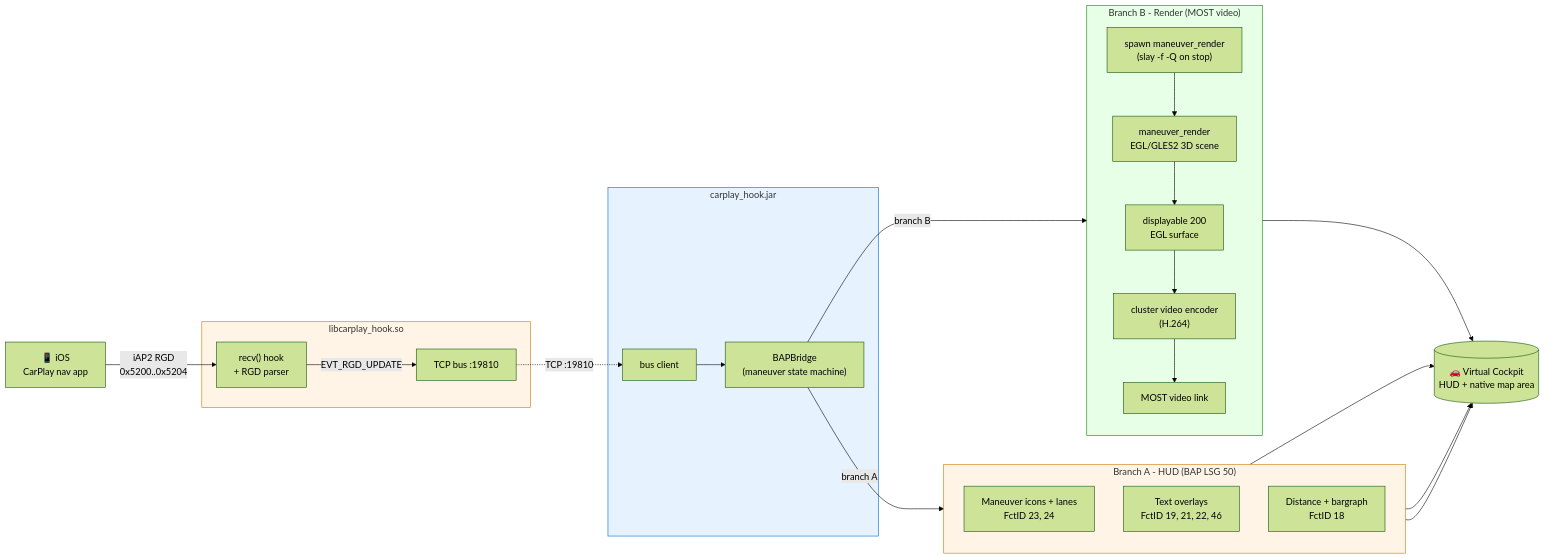
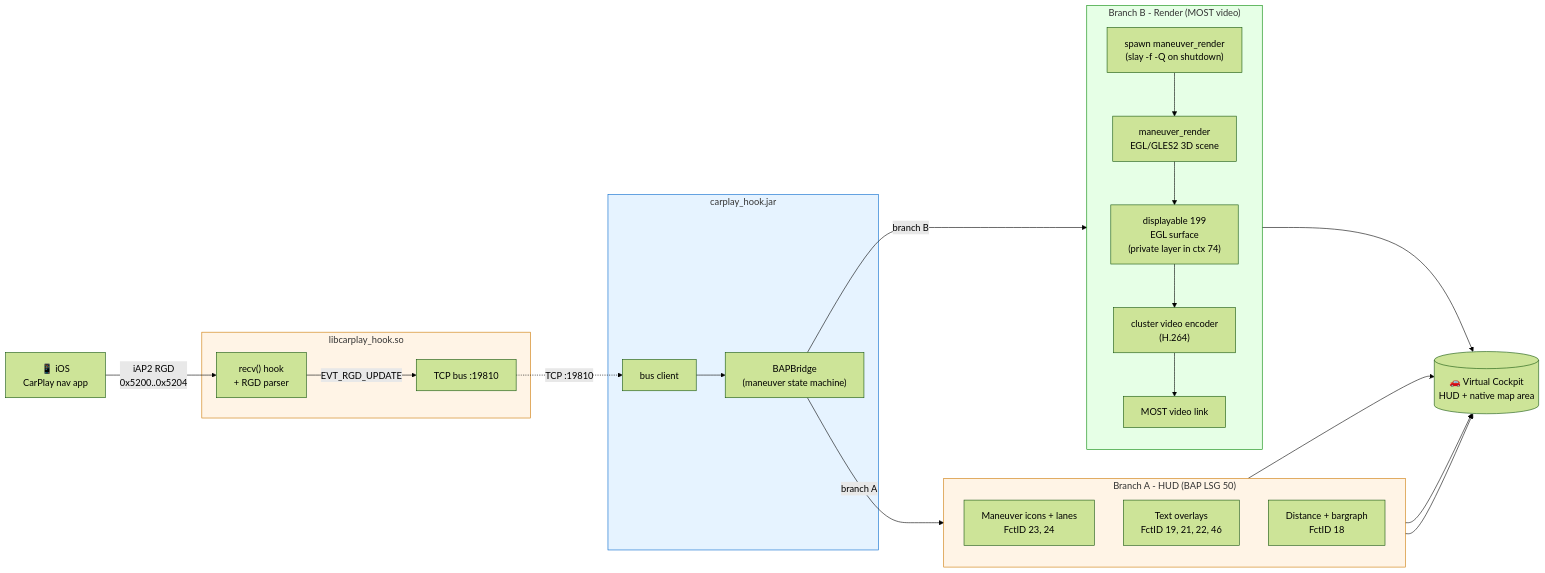
The first of 9 diagrams in README.md (luka-dev/mib2q-carplay-rgi), drawn with Mermaid (forest theme) before and after one commit. The commit also changed other lines of this file and 5 other files, not shown here.

Commit message:
refactor: introduce private displayable layer 199 for improved cluster context management

````diff
--- a/README.md
+++ b/README.md
@@ -73,51 +73,51 @@
 ```mermaid
 flowchart LR
     iOS["📱 iOS<br/>CarPlay nav app"]
 
     subgraph hook["libcarplay_hook.so"]
         recv["recv() hook<br/>+ RGD parser"]
         bus["TCP bus :19810"]
         recv -->|"EVT_RGD_UPDATE"| bus
     end
 
     subgraph jar["carplay_hook.jar"]
         bus_cli["bus client"]
         bridge["BAPBridge<br/>(maneuver state machine)"]
         bus_cli --> bridge
     end
 
     iOS -->|"iAP2 RGD<br/>0x5200..0x5204"| recv
     bus -.->|"TCP :19810"| bus_cli
 
     bridge -->|"branch A"| hud_path
     bridge -->|"branch B"| render_path
 
     subgraph hud_path["Branch A - HUD (BAP LSG 50)"]
         direction TB
         hud_icons["Maneuver icons + lanes<br/>FctID 23, 24"]
         hud_text["Text overlays<br/>FctID 19, 21, 22, 46"]
         hud_dist["Distance + bargraph<br/>FctID 18"]
     end
 
     subgraph render_path["Branch B - Render (MOST video)"]
         direction TB
-        spawn["spawn maneuver_render<br/>(slay -f -Q on stop)"]
+        spawn["spawn maneuver_render<br/>(slay -f -Q on shutdown)"]
         rend["maneuver_render<br/>EGL/GLES2 3D scene"]
-        surf["displayable 200<br/>EGL surface"]
+        surf["displayable 199<br/>EGL surface<br/>(private layer in ctx 74)"]
         enc["cluster video encoder<br/>(H.264)"]
         most["MOST video link"]
         spawn --> rend --> surf --> enc --> most
     end
 
     hud_icons --> vc
     hud_text --> vc
     hud_dist --> vc
     most --> vc
 
     vc[("🚗 Virtual Cockpit<br/>HUD + native map area")]
 
     style hook fill:#fff4e6,stroke:#cc7700
     style jar fill:#e6f3ff,stroke:#0066cc
     style hud_path fill:#fff4e6,stroke:#cc7700
     style render_path fill:#e6ffe6,stroke:#008800
 ```
````
